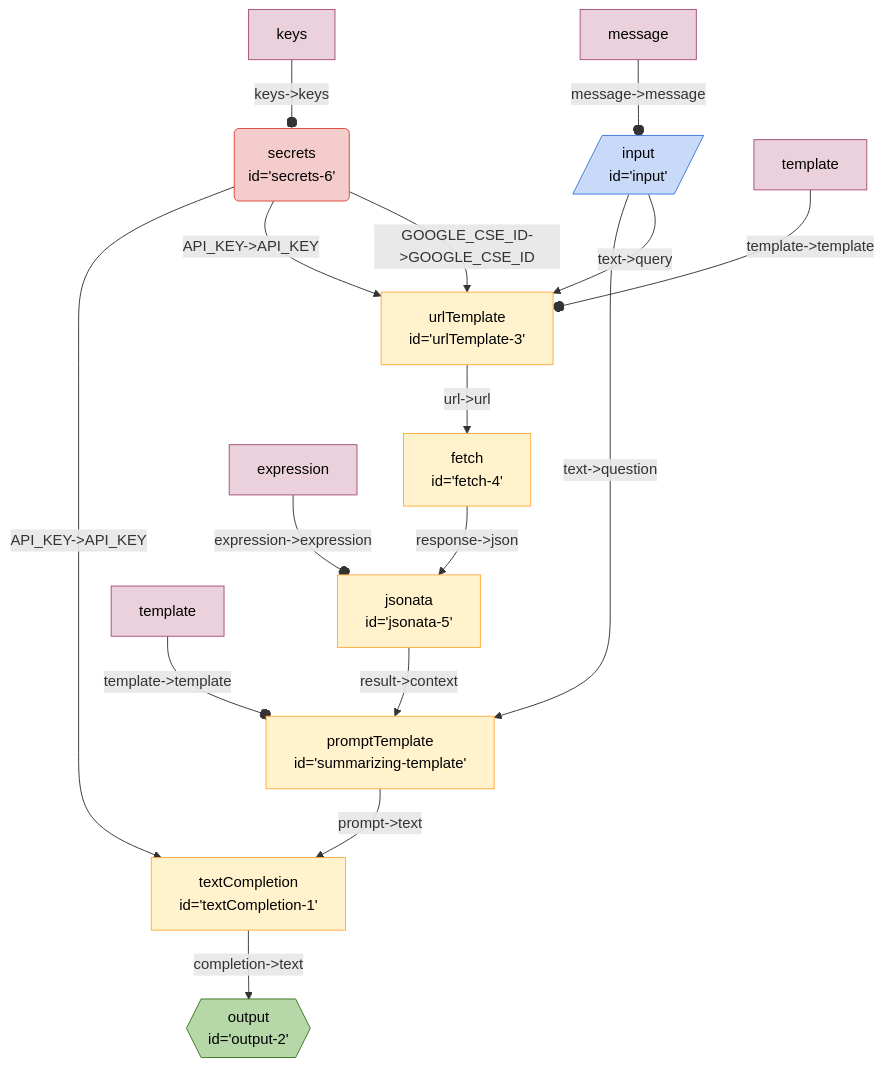
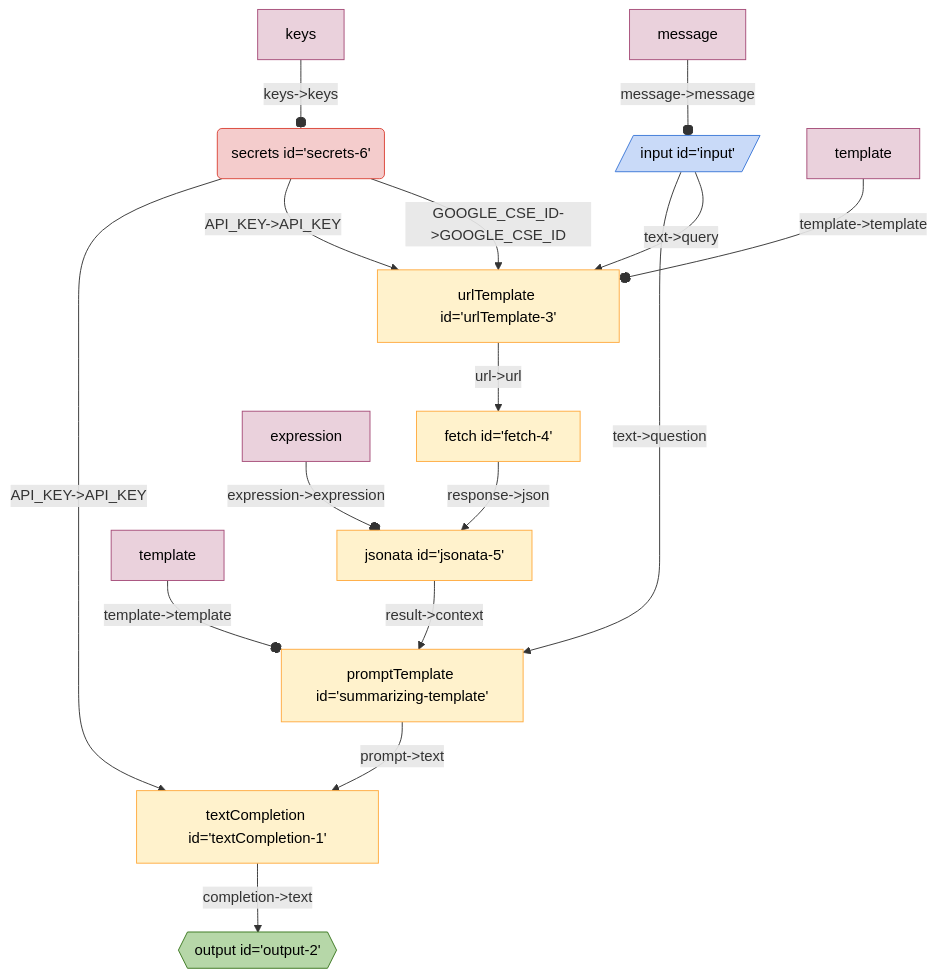
One commit to breadboard-ai/breadboard changed the diagram in seeds/graph-playground/docs/graphs/search-summarize-fetch.md. Above: the diagram before and after it, drawn with Mermaid. The commit also changed 17 other files, not shown here.

Commit message:
nit: remove extranous line break in mermaid sources

````diff
--- a/seeds/graph-playground/docs/graphs/search-summarize-fetch.md
+++ b/seeds/graph-playground/docs/graphs/search-summarize-fetch.md
@@ -5,47 +5,27 @@
   ```mermaid
   %%{init: 'themeVariables': { 'fontFamily': 'Fira Code, monospace' }}%%
 graph TD;
-textCompletion1["textCompletion
-id='textCompletion-1'"] -- "completion->text" --> output2{{"output
-id='output-2'"}}:::output
-summarizingtemplate["promptTemplate
-id='summarizing-template'"] -- "prompt->text" --> textCompletion1["textCompletion
-id='textCompletion-1'"]
-jsonata5["jsonata
-id='jsonata-5'"] -- "result->context" --> summarizingtemplate["promptTemplate
-id='summarizing-template'"]
-fetch4["fetch
-id='fetch-4'"] -- "response->json" --> jsonata5["jsonata
-id='jsonata-5'"]
-urlTemplate3["urlTemplate
-id='urlTemplate-3'"] -- "url->url" --> fetch4["fetch
-id='fetch-4'"]
-secrets6("secrets
-id='secrets-6'"):::secrets -- "API_KEY->API_KEY" --> textCompletion1["textCompletion
-id='textCompletion-1'"]
-secrets6("secrets
-id='secrets-6'"):::secrets -- "API_KEY->API_KEY" --> urlTemplate3["urlTemplate
-id='urlTemplate-3'"]
-secrets6("secrets
-id='secrets-6'"):::secrets -- "GOOGLE_CSE_ID->GOOGLE_CSE_ID" --> urlTemplate3["urlTemplate
-id='urlTemplate-3'"]
-input[/"input
-id='input'"/]:::input -- "text->question" --> summarizingtemplate["promptTemplate
-id='summarizing-template'"]
-input[/"input
-id='input'"/]:::input -- "text->query" --> urlTemplate3["urlTemplate
-id='urlTemplate-3'"]
+textCompletion1["textCompletion id='textCompletion-1'"] -- "completion->text" --> output2{{"output id='output-2'"}}:::output
+summarizingtemplate["promptTemplate id='summarizing-template'"] -- "prompt->text" --> textCompletion1["textCompletion id='textCompletion-1'"]
+jsonata5["jsonata id='jsonata-5'"] -- "result->context" --> summarizingtemplate["promptTemplate id='summarizing-template'"]
+fetch4["fetch id='fetch-4'"] -- "response->json" --> jsonata5["jsonata id='jsonata-5'"]
+urlTemplate3["urlTemplate id='urlTemplate-3'"] -- "url->url" --> fetch4["fetch id='fetch-4'"]
+secrets6("secrets id='secrets-6'"):::secrets -- "API_KEY->API_KEY" --> textCompletion1["textCompletion id='textCompletion-1'"]
+secrets6("secrets id='secrets-6'"):::secrets -- "API_KEY->API_KEY" --> urlTemplate3["urlTemplate id='urlTemplate-3'"]
+secrets6("secrets id='secrets-6'"):::secrets -- "GOOGLE_CSE_ID->GOOGLE_CSE_ID" --> urlTemplate3["urlTemplate id='urlTemplate-3'"]
+input[/"input id='input'"/]:::input -- "text->question" --> summarizingtemplate["promptTemplate id='summarizing-template'"]
+input[/"input id='input'"/]:::input -- "text->query" --> urlTemplate3["urlTemplate id='urlTemplate-3'"]
 templatesummarizingtemplate[template]:::config -- "template->template" --o summarizingtemplate
 templateurlTemplate3[template]:::config -- "template->template" --o urlTemplate3
 expressionjsonata5[expression]:::config -- "expression->expression" --o jsonata5
 keyssecrets6[keys]:::config -- "keys->keys" --o secrets6
 messageinput[message]:::config -- "message->message" --o input
 classDef default stroke:#ffab40,fill:#fff2ccff,color:#000
 classDef input stroke:#3c78d8,fill:#c9daf8ff,color:#000
 classDef output stroke:#38761d,fill:#b6d7a8ff,color:#000
 classDef passthrough stroke:#a64d79,fill:#ead1dcff,color:#000
 classDef slot stroke:#a64d79,fill:#ead1dcff,color:#000
 classDef config stroke:#a64d79,fill:#ead1dcff,color:#000
 classDef secrets stroke:#db4437,fill:#f4cccc,color:#000
 classDef slotted stroke:#a64d79
   ```
````
